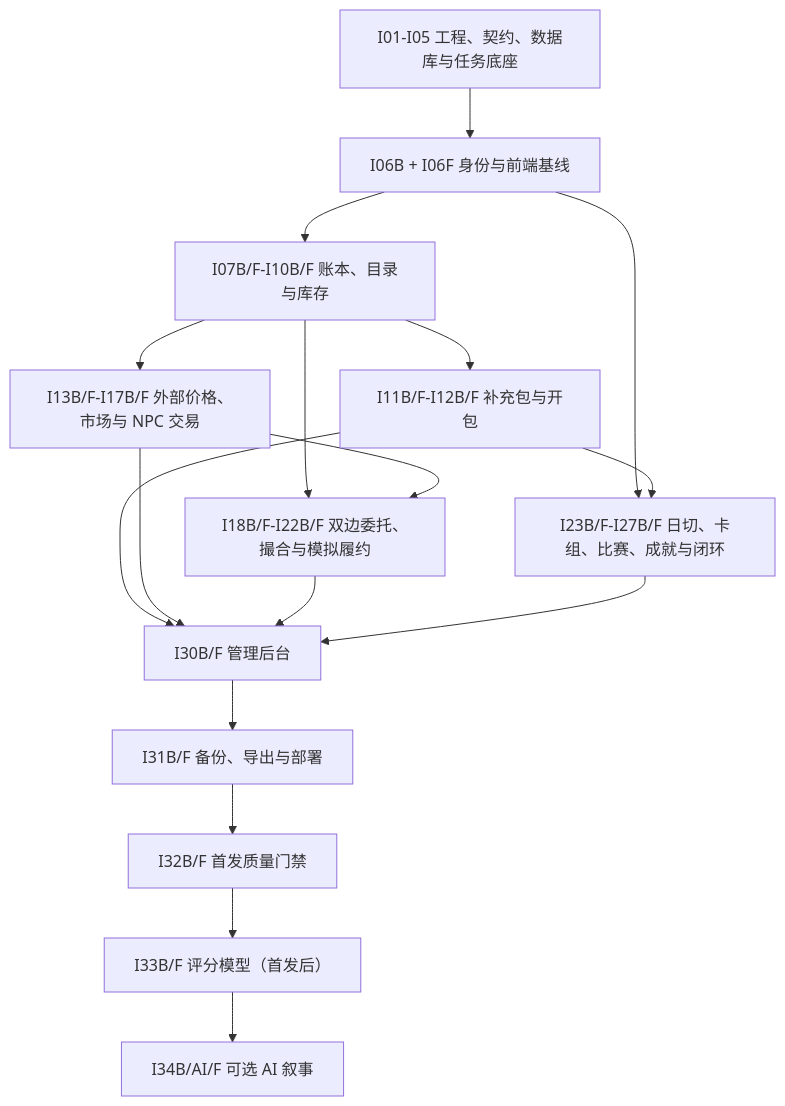
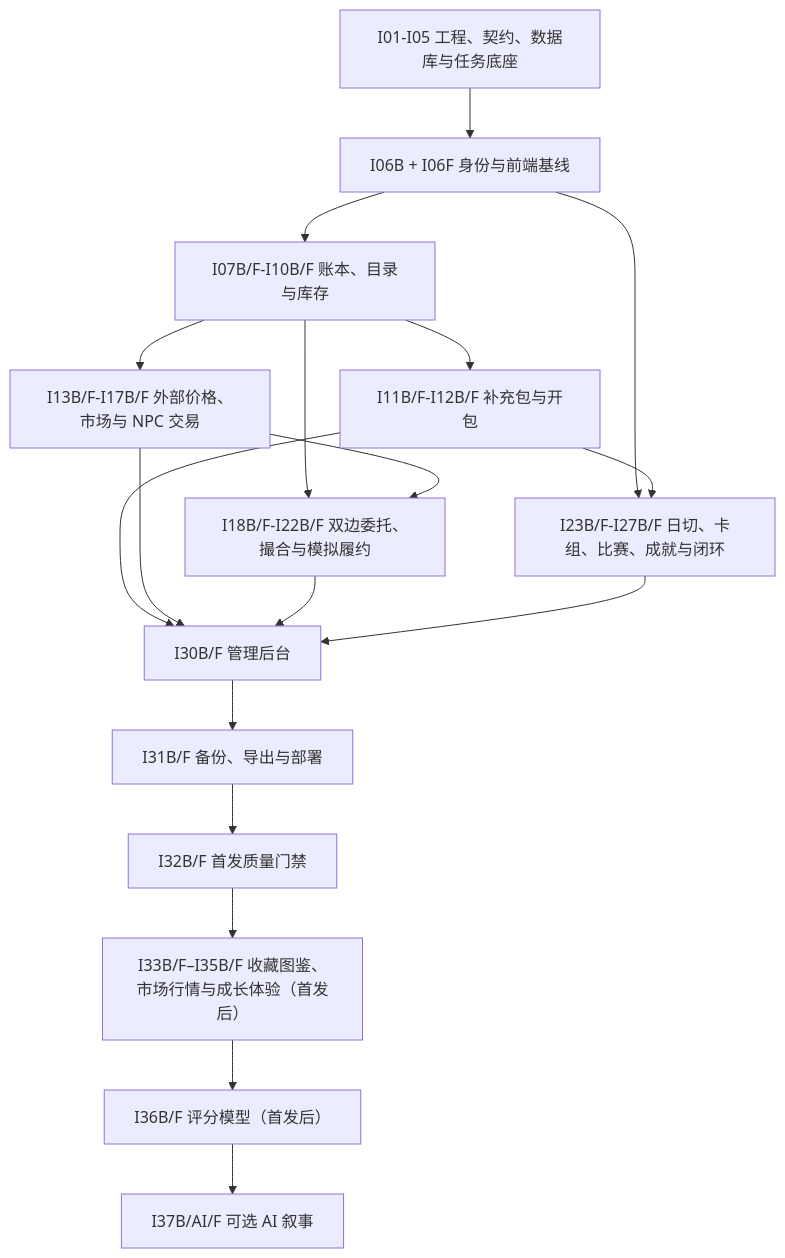
Before and after one commit to Xu-Morgen/mtgMarketSimulater: the diagram in 完整项目迭代实施计划与检查清单.md, drawn with Mermaid. The commit also changed other lines of this file and 4 other files, not shown here.

````diff
--- a/完整项目迭代实施计划与检查清单.md
+++ b/完整项目迭代实施计划与检查清单.md
@@ -20,19 +20,20 @@
 ```mermaid
 flowchart TD
   A[I01-I05 工程、契约、数据库与任务底座] --> B[I06B + I06F 身份与前端基线]
   B --> B2[I07B/F-I10B/F 账本、目录与库存]
   B2 --> C[I11B/F-I12B/F 补充包与开包]
   B2 --> D[I13B/F-I17B/F 外部价格、市场与 NPC 交易]
   B2 --> E[I18B/F-I22B/F 双边委托、撮合与模拟履约]
   D --> E
   B --> F[I23B/F-I27B/F 日切、卡组、比赛、成就与闭环]
   C --> F
   C --> H[I30B/F 管理后台]
   D --> H
   E --> H
   F --> H
   H --> I[I31B/F 备份、导出与部署]
   I --> J[I32B/F 首发质量门禁]
-  J --> K[I33B/F 评分模型（首发后）]
-  K --> L[I34B/AI/F 可选 AI 叙事]
+  J --> M[I33B/F–I35B/F 收藏图鉴、市场行情与成长体验（首发后）]
+  M --> K[I36B/F 评分模型（首发后）]
+  K --> L[I37B/AI/F 可选 AI 叙事]
 ```
````
